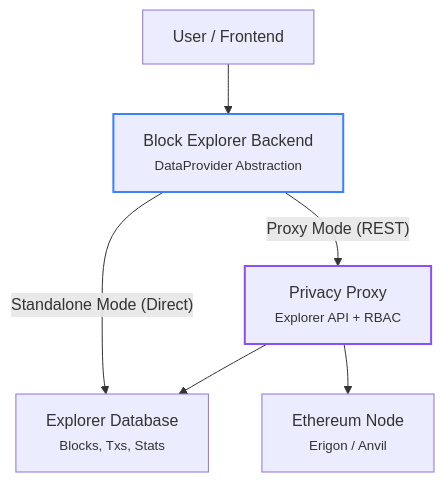
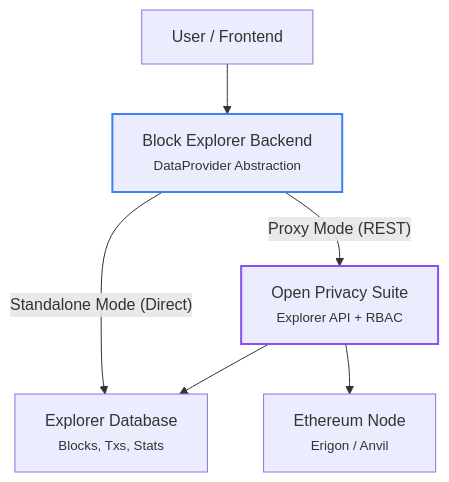
Before and after one commit to alainncls/open-privacy-suite: the first of 2 diagrams in site/src/app/docs/explorer/page.mdx, drawn with Mermaid. The commit also changed other lines of this file and 25 other files, not shown here.

First line of the commit message:
chore: rename Privacy Proxy to Open Privacy Suite (RD-803)

````diff
--- a/site/src/app/docs/explorer/page.mdx
+++ b/site/src/app/docs/explorer/page.mdx
@@ -17,17 +17,17 @@
 ```mermaid
 graph TD
     User["User / Frontend"]
     BE["Block Explorer Backend<br/><small>DataProvider Abstraction</small>"]
-    Proxy["Privacy Proxy<br/><small>Explorer API + RBAC</small>"]
+    Proxy["Open Privacy Suite<br/><small>Explorer API + RBAC</small>"]
     DB["Explorer Database<br/><small>Blocks, Txs, Stats</small>"]
     Eth["Ethereum Node<br/><small>Erigon / Anvil</small>"]
 
     User --> BE
     BE -->|"Proxy Mode (REST)"| Proxy
     BE -->|"Standalone Mode (Direct)"| DB
     Proxy --> DB
     Proxy --> Eth
 
     style Proxy stroke:#8950FA,stroke-width:2px
     style BE stroke:#3b82f6,stroke-width:2px
 ```
````
